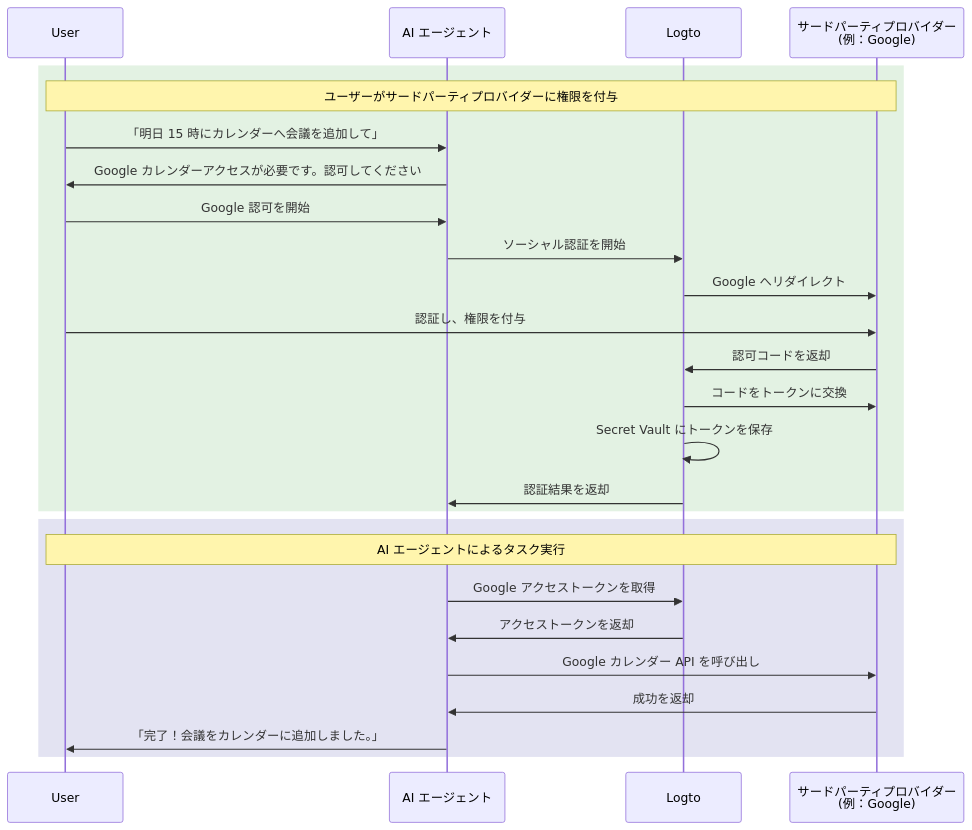
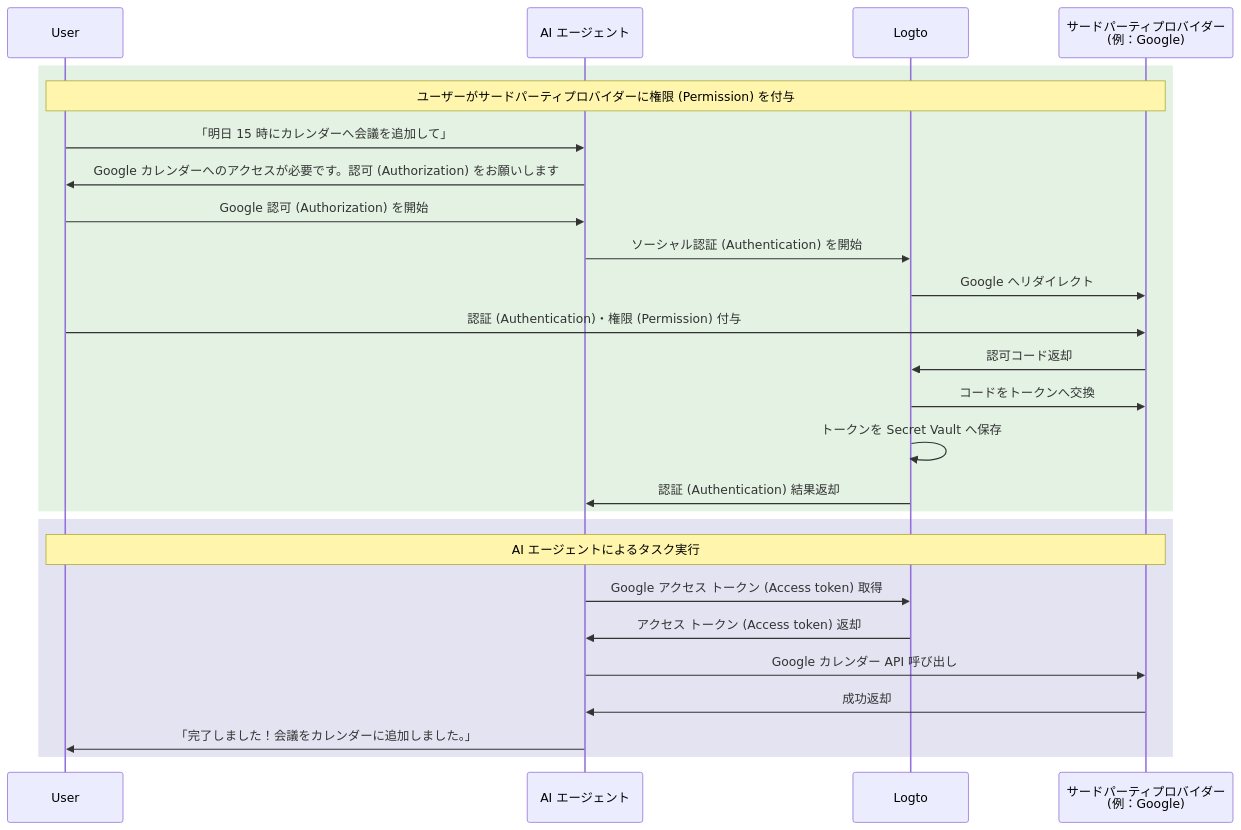
Before and after one commit to logto-io/docs: the diagram in i18n/ja/docusaurus-plugin-content-docs/current/use-cases/ai/connect-your-agent-to-third-party-apis.mdx, drawn with Mermaid. The commit also changed other lines of this file and 666 other files, not shown here.

````diff
--- a/i18n/ja/docusaurus-plugin-content-docs/current/use-cases/ai/connect-your-agent-to-third-party-apis.mdx
+++ b/i18n/ja/docusaurus-plugin-content-docs/current/use-cases/ai/connect-your-agent-to-third-party-apis.mdx
@@ -32,30 +32,30 @@
 ```mermaid
 sequenceDiagram
     participant User
     participant Agent as AI エージェント
     participant Logto
     participant Google as サードパーティプロバイダー<br/>(例：Google)
 
     rect rgba(200, 230, 200, 0.5)
-        Note over User, Google: ユーザーがサードパーティプロバイダーに権限を付与
+        Note over User, Google: ユーザーがサードパーティプロバイダーに権限 (Permission) を付与
         User->>Agent: 「明日 15 時にカレンダーへ会議を追加して」
-        Agent->>User: Google カレンダーアクセスが必要です。認可してください
-        User->>Agent: Google 認可を開始
-        Agent->>Logto: ソーシャル認証を開始
+        Agent->>User: Google カレンダーへのアクセスが必要です。認可 (Authorization) をお願いします
+        User->>Agent: Google 認可 (Authorization) を開始
+        Agent->>Logto: ソーシャル認証 (Authentication) を開始
         Logto->>Google: Google へリダイレクト
-        User->>Google: 認証し、権限を付与
-        Google->>Logto: 認可コードを返却
-        Logto->>Google: コードをトークンに交換
-        Logto->>Logto: Secret Vault にトークンを保存
-        Logto->>Agent: 認証結果を返却
+        User->>Google: 認証 (Authentication)・権限 (Permission) 付与
+        Google->>Logto: 認可コード返却
+        Logto->>Google: コードをトークンへ交換
+        Logto->>Logto: トークンを Secret Vault へ保存
+        Logto->>Agent: 認証 (Authentication) 結果返却
     end
 
     rect rgba(200, 200, 230, 0.5)
         Note over User, Google: AI エージェントによるタスク実行
-        Agent->>Logto: Google アクセストークンを取得
-        Logto->>Agent: アクセストークンを返却
-        Agent->>Google: Google カレンダー API を呼び出し
-        Google->>Agent: 成功を返却
-        Agent->>User: 「完了！会議をカレンダーに追加しました。」
+        Agent->>Logto: Google アクセス トークン (Access token) 取得
+        Logto->>Agent: アクセス トークン (Access token) 返却
+        Agent->>Google: Google カレンダー API 呼び出し
+        Google->>Agent: 成功返却
+        Agent->>User: 「完了しました！会議をカレンダーに追加しました。」
     end
 ```
````
